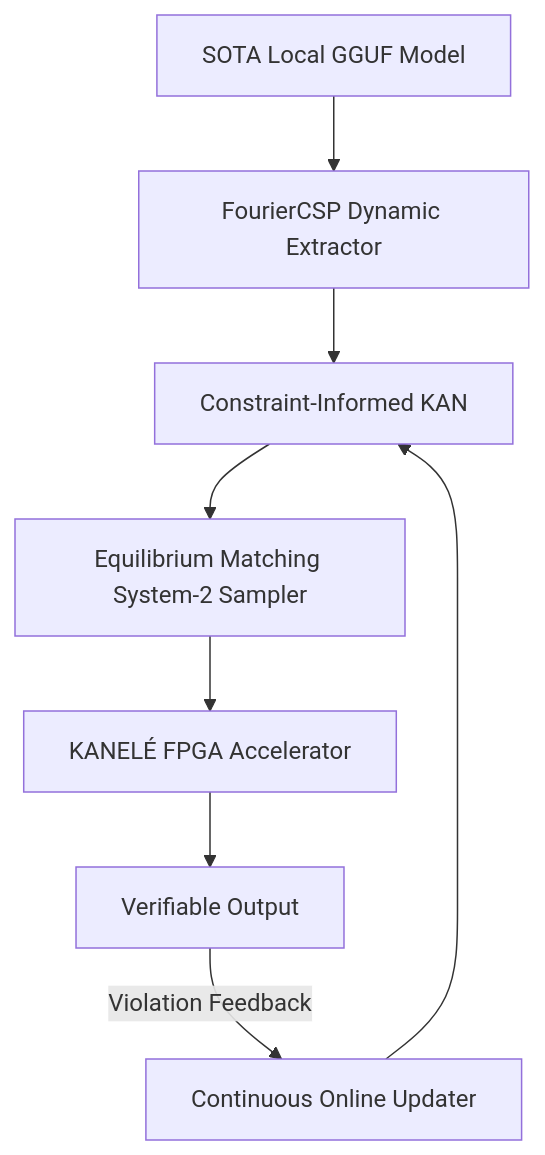
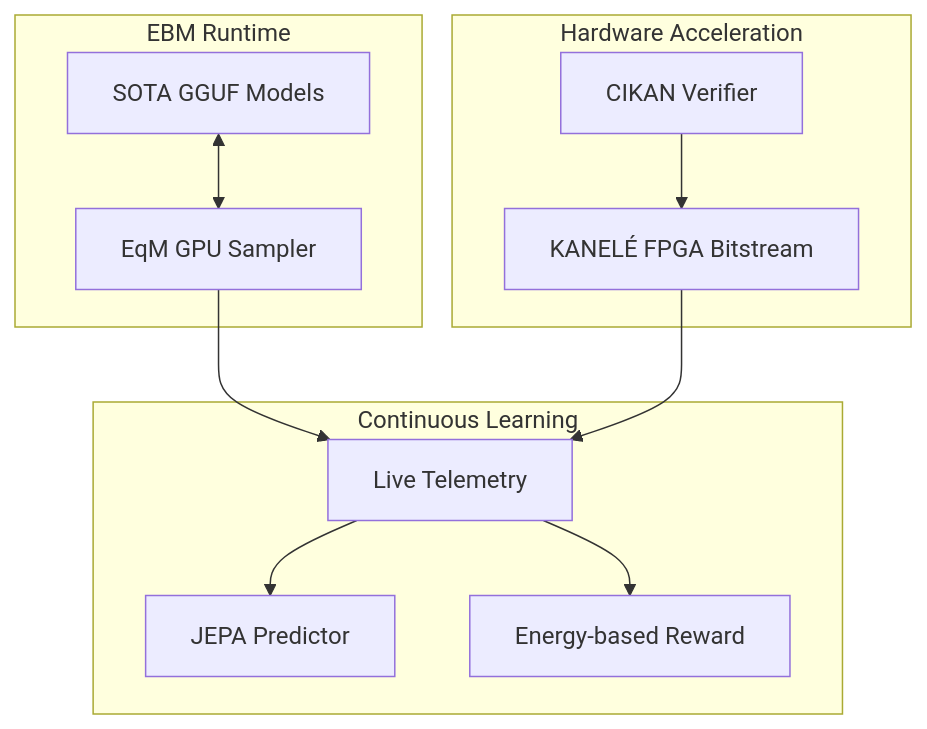
One commit to Carnot-EBM/carnot-ebm changed the diagram in openspec/change-proposals/research-roadmap-vNEXT.md. Above: the diagram before and after it, drawn with Mermaid. The commit also changed other lines of this file and 2 other files, not shown here.

````diff
--- a/openspec/change-proposals/research-roadmap-vNEXT.md
+++ b/openspec/change-proposals/research-roadmap-vNEXT.md
@@ -16,10 +22,22 @@
 ```mermaid
-graph TD;
-    LLM[SOTA Local GGUF Model] --> Extractor[FourierCSP Dynamic Extractor];
-    Extractor --> CIKAN[Constraint-Informed KAN];
-    CIKAN --> EBT_EqM[Equilibrium Matching System-2 Sampler];
-    EBT_EqM --> HW[KANELÉ FPGA Accelerator];
-    HW --> Result[Verifiable Output];
-    Result -- Violation Feedback --> SelfLearning[Continuous Online Updater];
-    SelfLearning --> CIKAN;
+graph TD
+    subgraph EBM Runtime
+        SOTA[SOTA GGUF Models]
+        EQM[EqM GPU Sampler]
+        SOTA <--> EQM
+    end
+    subgraph Hardware Acceleration
+        CIKAN[CIKAN Verifier]
+        KANELE[KANELÉ FPGA Bitstream]
+        CIKAN --> KANELE
+    end
+    subgraph Continuous Learning
+        TEL[Live Telemetry]
+        JEPA[JEPA Predictor]
+        EORM[Energy-based Reward]
+        TEL --> JEPA
+        TEL --> EORM
+    end
+    EQM --> TEL
+    KANELE --> TEL
 ```
````
